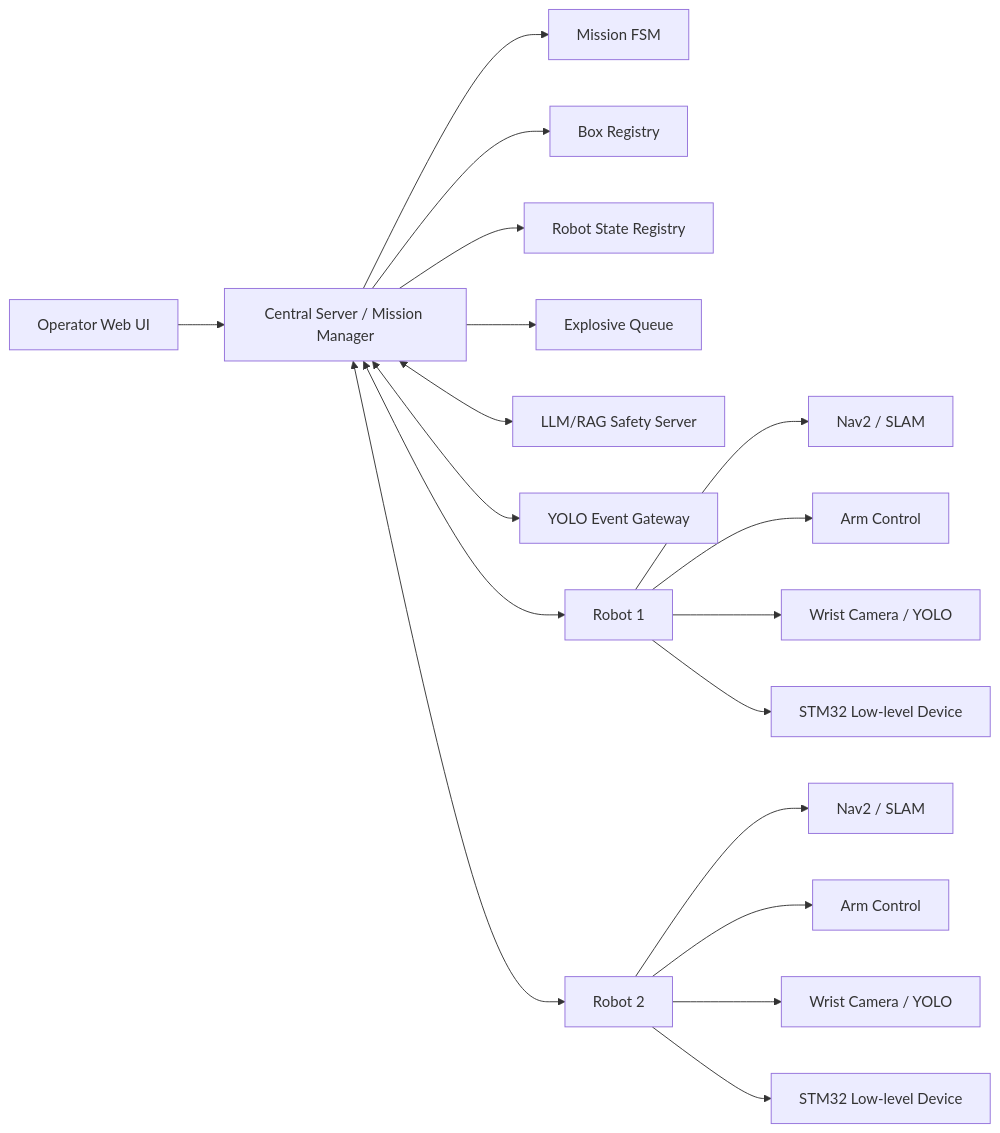
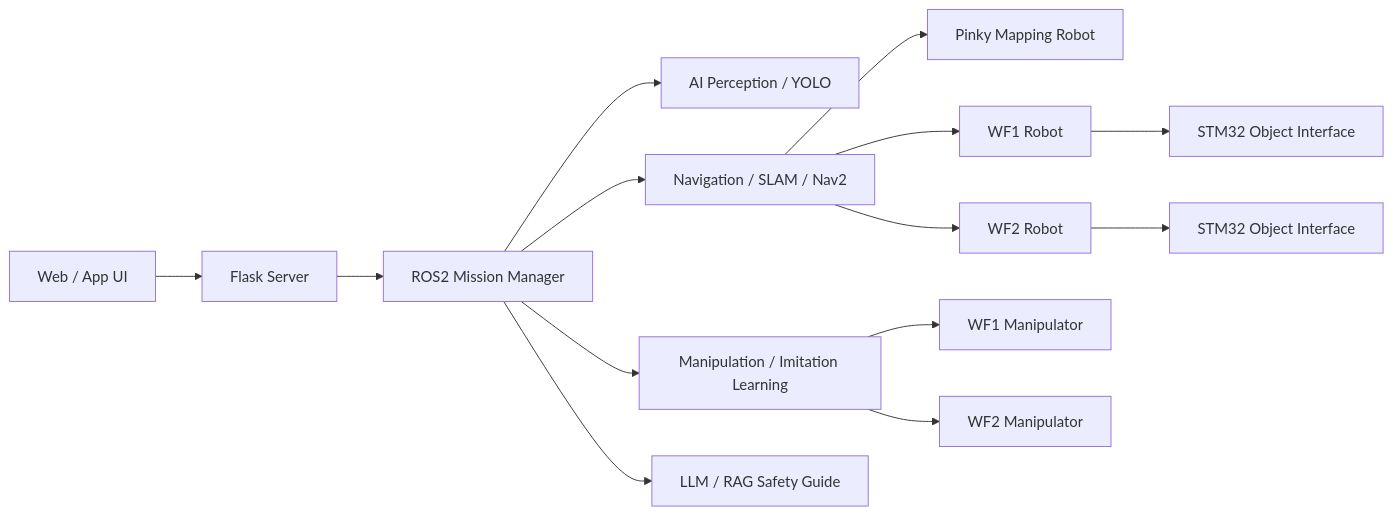
Before and after one commit to cheeserust/ROScue: the first of 4 diagrams in README.md, drawn with Mermaid. The commit also changed other lines of this file, not shown here.

````diff
--- a/README.md
+++ b/README.md
@@ -141,25 +53,19 @@
 ```mermaid
 flowchart LR
-    Operator[Operator Web UI] --> Server[Central Server / Mission Manager]
+    UI[Web / App UI] --> Flask[Flask Server]
+    Flask --> Manager[ROS2 Mission Manager]
+    Manager --> Perception[AI Perception / YOLO]
+    Manager --> Navigation[Navigation / SLAM / Nav2]
+    Manager --> Manipulation[Manipulation / Imitation Learning]
+    Manager --> RAG[LLM / RAG Safety Guide]
 
-    Server --> MissionFSM[Mission FSM]
-    Server --> BoxRegistry[Box Registry]
-    Server --> RobotRegistry[Robot State Registry]
-    Server --> Queue[Explosive Queue]
+    Navigation --> Pinky[Pinky Mapping Robot]
+    Navigation --> WF1[WF1 Robot]
+    Navigation --> WF2[WF2 Robot]
 
-    Server <--> LLM[LLM/RAG Safety Server]
-    Server <--> YOLO[YOLO Event Gateway]
+    Manipulation --> Arm1[WF1 Manipulator]
+    Manipulation --> Arm2[WF2 Manipulator]
 
-    Server <--> R1[Robot 1]
-    Server <--> R2[Robot 2]
-
-    R1 --> R1Nav[Nav2 / SLAM]
-    R1 --> R1Arm[Arm Control]
-    R1 --> R1Cam[Wrist Camera / YOLO]
-    R1 --> R1STM[STM32 Low-level Device]
-
-    R2 --> R2Nav[Nav2 / SLAM]
-    R2 --> R2Arm[Arm Control]
-    R2 --> R2Cam[Wrist Camera / YOLO]
-    R2 --> R2STM[STM32 Low-level Device]
+    WF1 --> STM1[STM32 Object Interface]
+    WF2 --> STM2[STM32 Object Interface]
 ```
````
